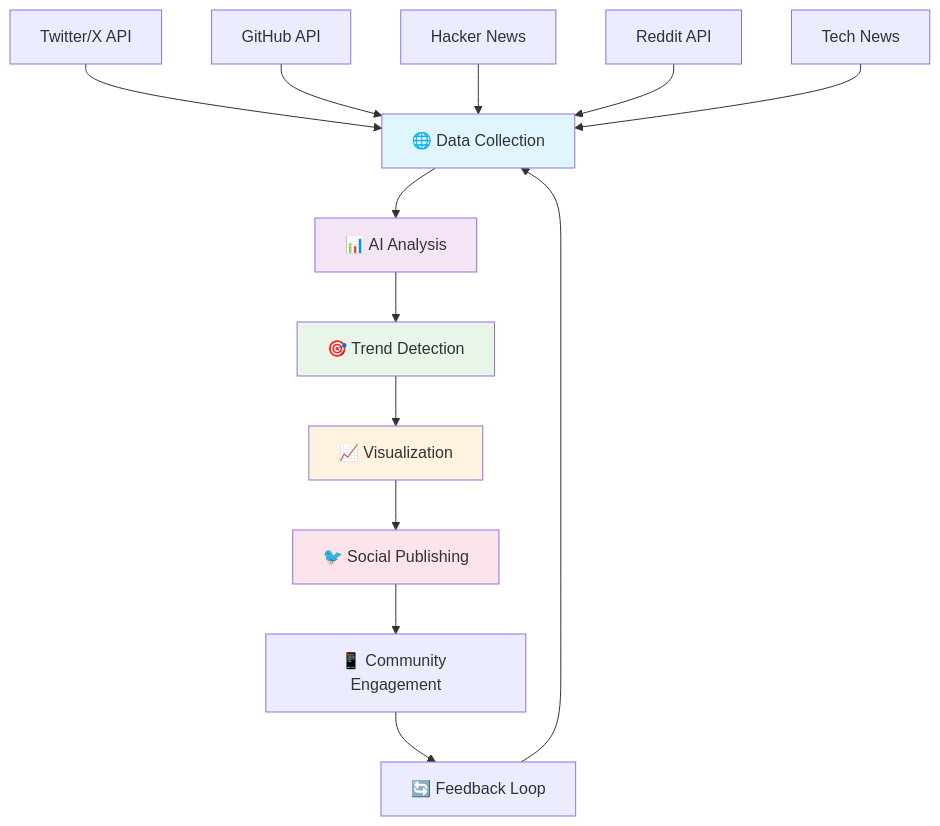
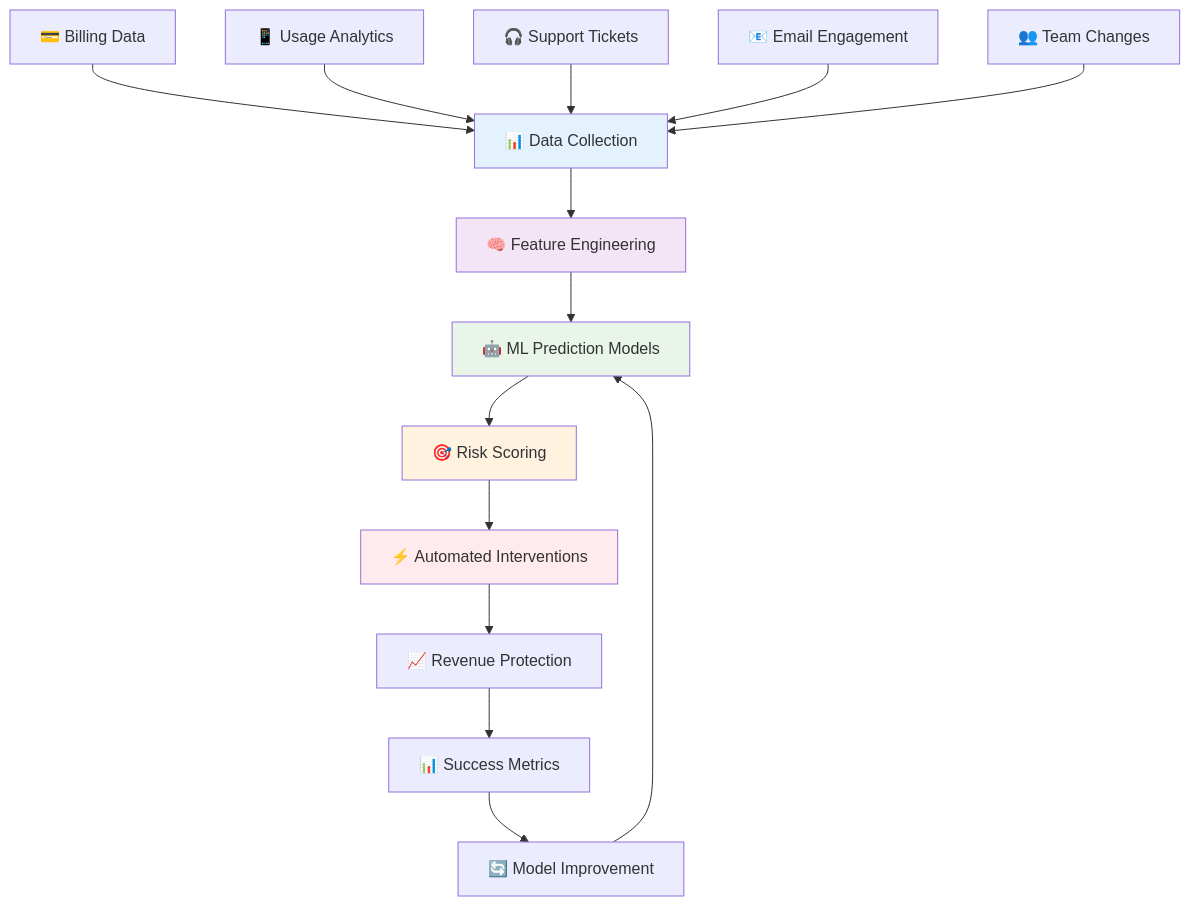
The first of 2 diagrams in README.md (fedorkriuk/the-hook-lab), drawn with Mermaid before and after one commit. The commit also changed other lines of this file, not shown here.

````diff
--- a/README.md
+++ b/README.md
@@ -27,23 +27,24 @@
 ```mermaid
 graph TD
-    A[🌐 Data Collection] --> B[📊 AI Analysis]
-    B --> C[🎯 Trend Detection]
-    C --> D[📈 Visualization]
-    D --> E[🐦 Social Publishing]
+    A[📊 Data Collection] --> B[🧠 Feature Engineering]
+    B --> C[🤖 ML Prediction Models]
+    C --> D[🎯 Risk Scoring]
+    D --> E[⚡ Automated Interventions]
     
-    A1[Twitter/X API] --> A
-    A2[GitHub API] --> A
-    A3[Hacker News] --> A
-    A4[Reddit API] --> A
-    A5[Tech News] --> A
+    A1[💳 Billing Data] --> A
+    A2[📱 Usage Analytics] --> A
+    A3[🎧 Support Tickets] --> A
+    A4[📧 Email Engagement] --> A
+    A5[👥 Team Changes] --> A
     
-    E --> F[📱 Community Engagement]
-    F --> G[🔄 Feedback Loop]
-    G --> A
+    E --> F[📈 Revenue Protection]
+    F --> G[📊 Success Metrics]
+    G --> H[🔄 Model Improvement]
+    H --> C
     
-    style A fill:#e1f5fe
+    style A fill:#e3f2fd
     style B fill:#f3e5f5
     style C fill:#e8f5e8
     style D fill:#fff3e0
-    style E fill:#fce4ec
+    style E fill:#ffebee
 ```
````
